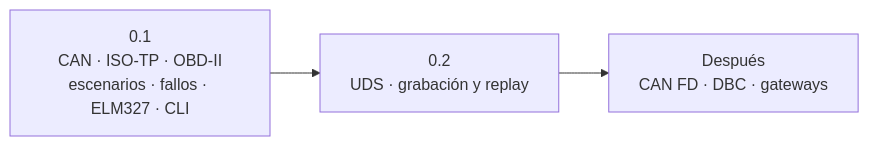
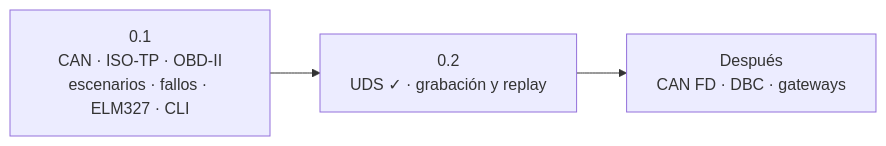
One commit to rodar-cl/ecusdk changed the second of 2 diagrams in README.md. Above: the diagram before and after it, drawn with Mermaid. The commit also changed other lines of this file and 13 other files, not shown here.

````diff
--- a/README.md
+++ b/README.md
@@ -209,4 +210,4 @@
 ```mermaid
 flowchart LR
-    NOW[0.1<br/>CAN · ISO-TP · OBD-II<br/>escenarios · fallos · ELM327 · CLI] --> NEXT[0.2<br/>UDS · grabación y replay] --> LATER[Después<br/>CAN FD · DBC · gateways]
+    NOW[0.1<br/>CAN · ISO-TP · OBD-II<br/>escenarios · fallos · ELM327 · CLI] --> NEXT[0.2<br/>UDS ✓ · grabación y replay] --> LATER[Después<br/>CAN FD · DBC · gateways]
 ```
````
